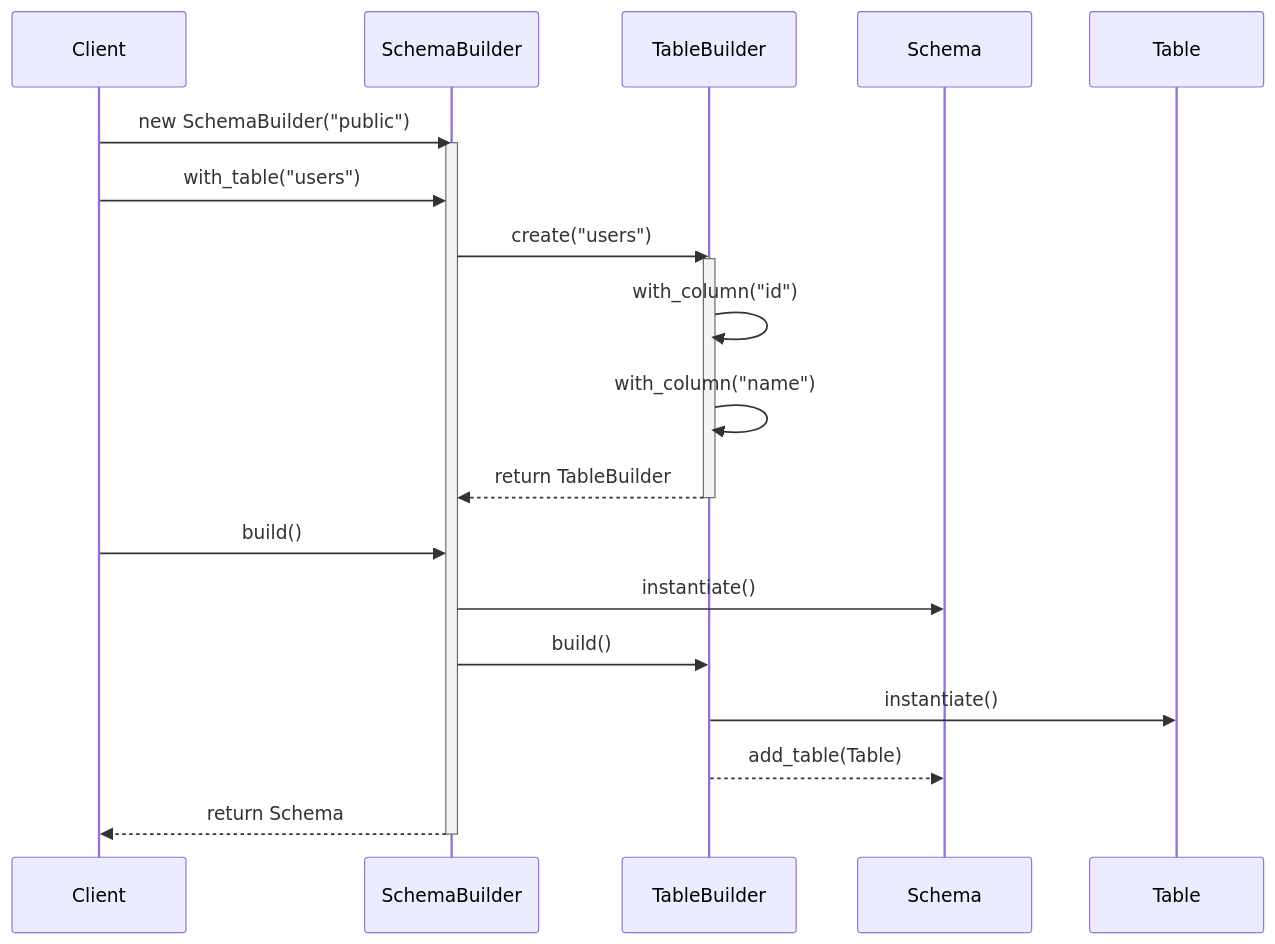
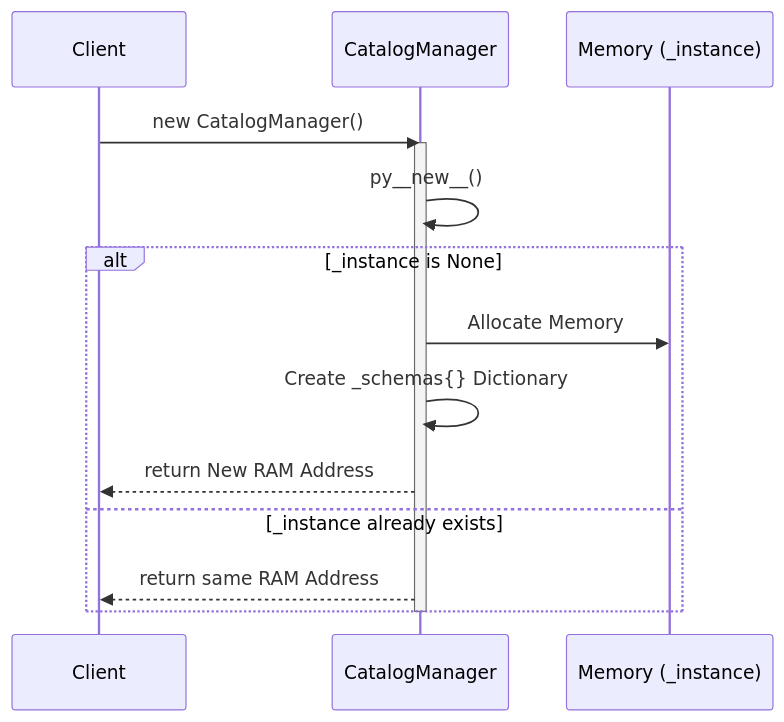
Before and after one commit to Ricky13170/bbv_DBMS: the first of 14 diagrams in docs/readme.md, drawn with Mermaid. The commit also changed other lines of this file and 10 other files, not shown here.

````diff
--- a/docs/readme.md
+++ b/docs/readme.md
@@ -29,27 +31,19 @@
 ```mermaid
 sequenceDiagram
     participant Client
-    participant S_Build as SchemaBuilder
-    participant T_Build as TableBuilder
-    participant Schema
-    participant Table
+    participant CM as CatalogManager
+    participant RAM as Memory (_instance)
     
-    Client->>S_Build: new SchemaBuilder("public")
-    activate S_Build
+    Client->>CM: new CatalogManager()
+    activate CM
+    CM->>CM: py__new__()
     
-    Client->>S_Build: with_table("users")
-    S_Build->>T_Build: create("users")
-    activate T_Build
-    T_Build->>T_Build: with_column("id")
-    T_Build->>T_Build: with_column("name")
-    T_Build-->>S_Build: return TableBuilder
-    deactivate T_Build
-    
-    Client->>S_Build: build()
-    S_Build->>Schema: instantiate()
-    S_Build->>T_Build: build()
-    T_Build->>Table: instantiate()
-    T_Build-->>Schema: add_table(Table)
-    S_Build-->>Client: return Schema
-    deactivate S_Build
+    alt _instance is None
+        CM->>RAM: Allocate Memory
+        CM->>CM: Create _schemas{} Dictionary
+        CM-->>Client: return New RAM Address
+    else _instance already exists
+        CM-->>Client: return same RAM Address
+    end
+    deactivate CM
 ```
````
